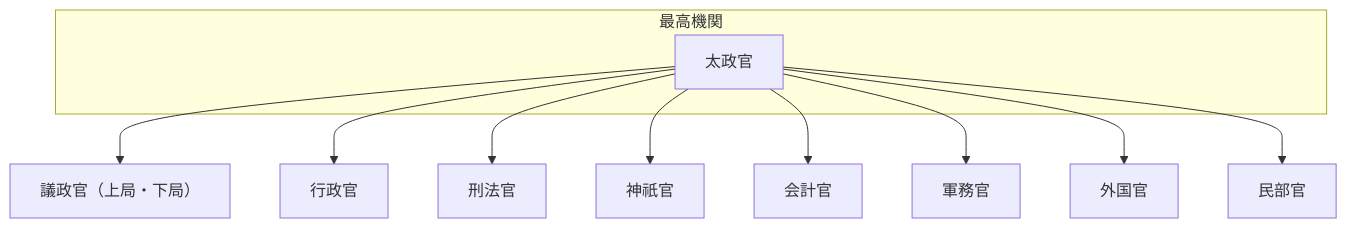
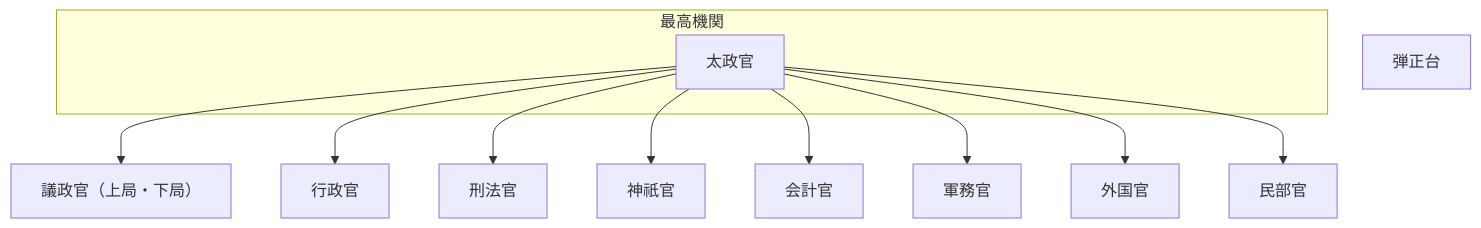
One commit to tatemaru/jp-admin-org-chart changed the diagram in README.md. Above: the diagram before and after it, drawn with Mermaid. The commit also changed other lines of this file, not shown here.

First line of the commit message:
feat(弾正台): 弾正台を設置

````diff
--- a/README.md
+++ b/README.md
@@ -9,22 +9,23 @@
 ```mermaid
 flowchart TB
   subgraph top["最高機関"]
     Dajokan["太政官"]
   end
   Gisei["議政官（上局・下局）"]
   Dajokan --> Gisei
   Gyosei["行政官"]
   Dajokan --> Gyosei
   KeihoKan["刑法官"]
   Dajokan --> KeihoKan
   JingiKan["神祇官"]
   Dajokan --> JingiKan
   KaikeiKan["会計官"]
   Dajokan --> KaikeiKan
   GunmuKan["軍務官"]
   Dajokan --> GunmuKan
   GaikokuKan["外国官"]
   Dajokan --> GaikokuKan
   MinbuKan["民部官"]
   Dajokan --> MinbuKan
+  Danjo["弾正台"]
 ```
````
